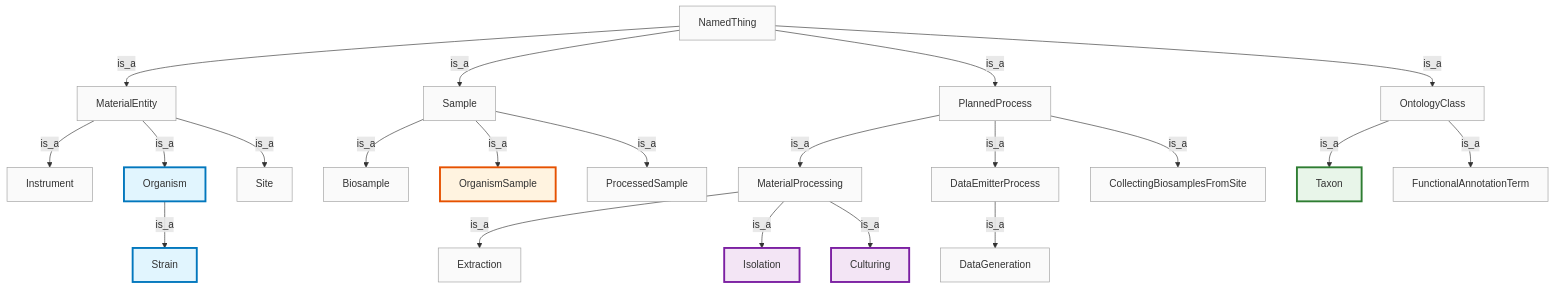
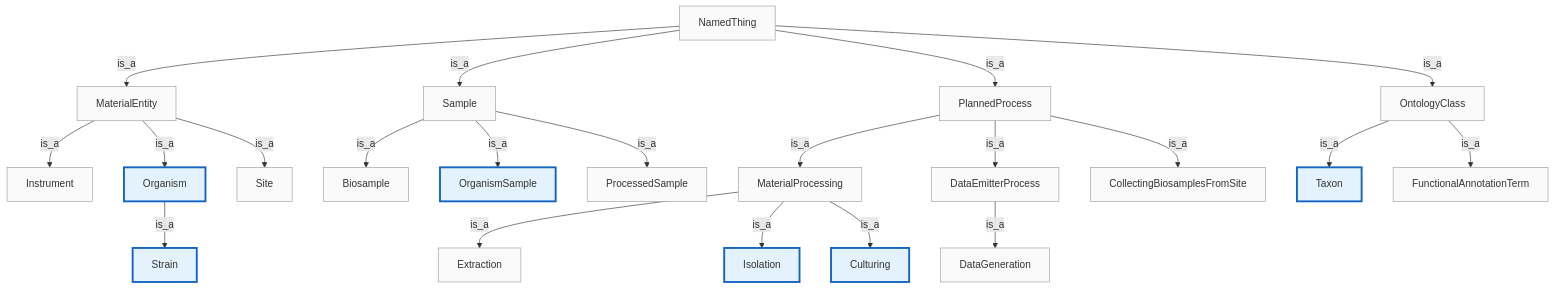
Before and after one commit to microbiomedata/nmdc-schema: the diagram in src/docs/images/class-hierarchy.mmd, drawn with Mermaid. The commit also changed 1 other file, not shown here.

Commit message:
Simplify class hierarchy diagram to one color for all new classes

```diff
--- a/src/docs/images/class-hierarchy.mmd
+++ b/src/docs/images/class-hierarchy.mmd
@@ -1,59 +1,59 @@
 graph TD
     NT[NamedThing]
     ME[MaterialEntity]
     S[Sample]
     PP[PlannedProcess]
     OC[OntologyClass]
 
     NT -->|is_a| ME
     NT -->|is_a| S
     NT -->|is_a| PP
     NT -->|is_a| OC
 
     ME -->|is_a| Instrument
     ME -->|is_a| Organism
     ME -->|is_a| Site
 
     Organism -->|is_a| Strain
 
     S -->|is_a| Biosample
     S -->|is_a| OrganismSample
     S -->|is_a| ProcessedSample
 
     PP -->|is_a| MP[MaterialProcessing]
     PP -->|is_a| DEP[DataEmitterProcess]
     PP -->|is_a| CBFS[CollectingBiosamplesFromSite]
 
     MP -->|is_a| Extraction
     MP -->|is_a| Isolation
     MP -->|is_a| Culturing
 
     DEP -->|is_a| DataGeneration
 
     OC -->|is_a| Taxon
     OC -->|is_a| FAT[FunctionalAnnotationTerm]
 
-    %% New in this PR — thick colored border
-    style Organism fill:#e1f5fe,stroke:#0277bd,stroke-width:3px
-    style Strain fill:#e1f5fe,stroke:#0277bd,stroke-width:3px
-    style OrganismSample fill:#fff3e0,stroke:#e65100,stroke-width:3px
-    style Isolation fill:#f3e5f5,stroke:#7b1fa2,stroke-width:3px
-    style Culturing fill:#f3e5f5,stroke:#7b1fa2,stroke-width:3px
-    style Taxon fill:#e8f5e9,stroke:#2e7d32,stroke-width:3px
+    %% New in this PR
+    style Organism fill:#e3f2fd,stroke:#1565c0,stroke-width:3px
+    style Strain fill:#e3f2fd,stroke:#1565c0,stroke-width:3px
+    style OrganismSample fill:#e3f2fd,stroke:#1565c0,stroke-width:3px
+    style Isolation fill:#e3f2fd,stroke:#1565c0,stroke-width:3px
+    style Culturing fill:#e3f2fd,stroke:#1565c0,stroke-width:3px
+    style Taxon fill:#e3f2fd,stroke:#1565c0,stroke-width:3px
 
-    %% Existing classes — thin gray border
+    %% Existing
     style NT fill:#fafafa,stroke:#9e9e9e
     style ME fill:#fafafa,stroke:#9e9e9e
     style S fill:#fafafa,stroke:#9e9e9e
     style PP fill:#fafafa,stroke:#9e9e9e
     style OC fill:#fafafa,stroke:#9e9e9e
     style Instrument fill:#fafafa,stroke:#9e9e9e
     style Site fill:#fafafa,stroke:#9e9e9e
     style Biosample fill:#fafafa,stroke:#9e9e9e
     style ProcessedSample fill:#fafafa,stroke:#9e9e9e
     style MP fill:#fafafa,stroke:#9e9e9e
     style DEP fill:#fafafa,stroke:#9e9e9e
     style CBFS fill:#fafafa,stroke:#9e9e9e
     style Extraction fill:#fafafa,stroke:#9e9e9e
     style DataGeneration fill:#fafafa,stroke:#9e9e9e
     style FAT fill:#fafafa,stroke:#9e9e9e
```
